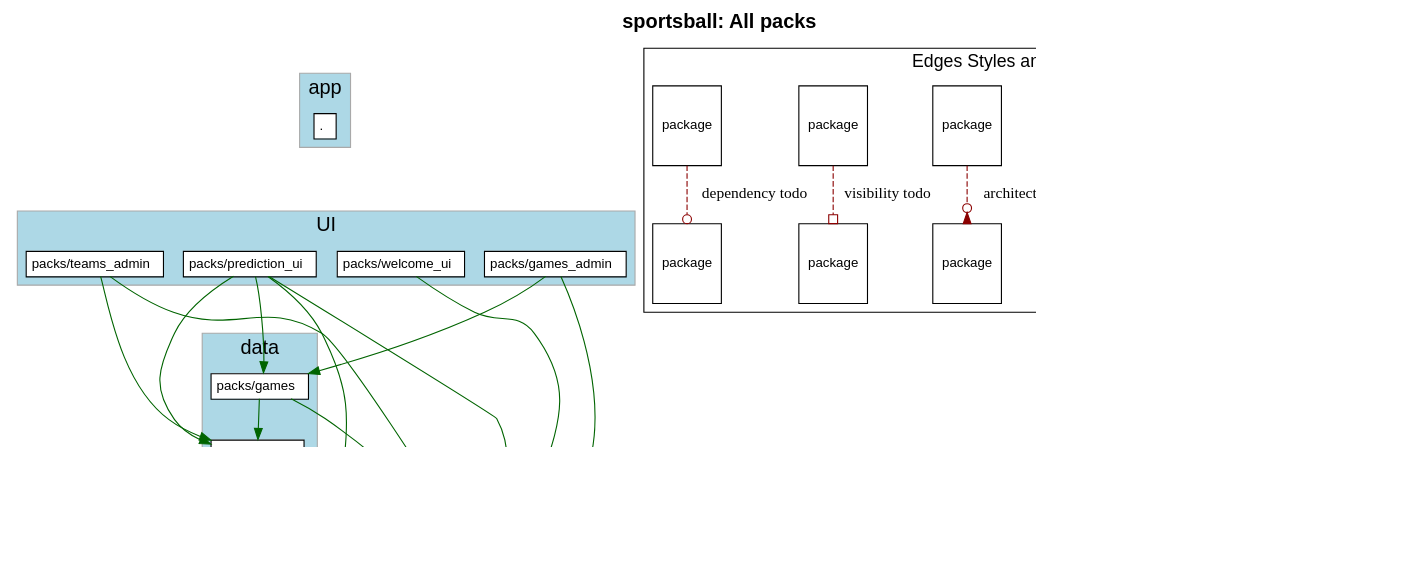
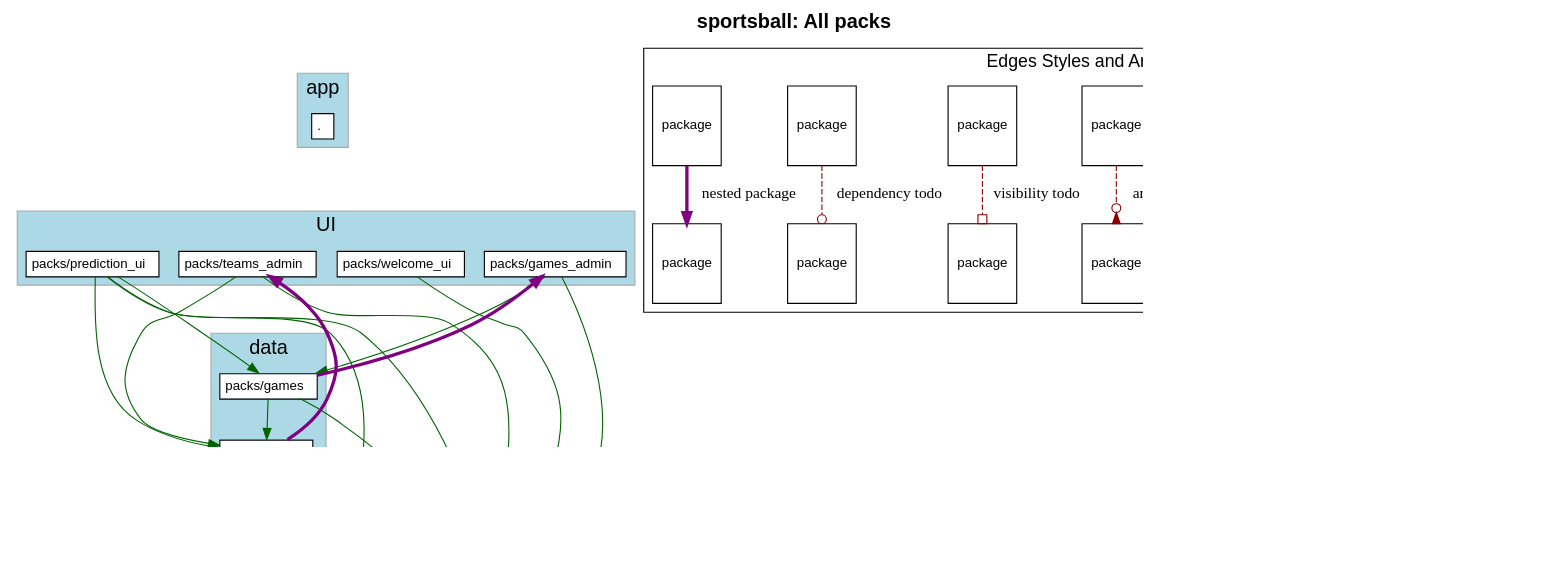
One commit to shageman/package-based-rails-applications-book changed the diagram in c4s06/sportsball/diagrams/all_packs.dot. Above: the diagram before and after it, drawn with Graphviz. The commit also changed 4697 other files, not shown here.

```diff
--- a/c4s06/sportsball/diagrams/all_packs.dot
+++ b/c4s06/sportsball/diagrams/all_packs.dot
@@ -168,6 +168,8 @@
           "packs/teams_admin" -> "packs/rails_shims" [ color=darkgreen ]
           "packs/teams_admin" -> "packs/teams" [ color=darkgreen ]
           "packs/welcome_ui" -> "packs/rails_shims" [ color=darkgreen ]
+        "packs/games" -> "packs/games_admin" [ color=purple penwidth=3 ]
+        "packs/teams" -> "packs/teams_admin" [ color=purple penwidth=3 ]
   subgraph cluster_legend {
     fontsize=16
     label="Edges Styles and Arrow Heads"
@@ -181,11 +183,14 @@
     H [ fontsize=12 shape=box label="package"]
     I [ fontsize=12 shape=box label="package"]
     J [ fontsize=12 shape=box label="package"]
+    K [ fontsize=12 shape=box label="package"]
+    L [ fontsize=12 shape=box label="package"]
     A -> B [label="accepted dependency" color=darkgreen]
     C -> D [label="privac todo" color=darkred style=dashed arrowhead=crow]
     E -> F [label="architecture todo" color=darkred style=dashed arrowhead=invodot]
     G -> H [label="visibility todo" color=darkred style=dashed arrowhead=obox]
     I -> J [label="dependency todo" color=darkred style=dashed arrowhead=odot]
+    K -> L [label="nested package" color=purple penwidth=3]
   }
   subgraph cluster_teams_legend {
     fontsize=16
```
